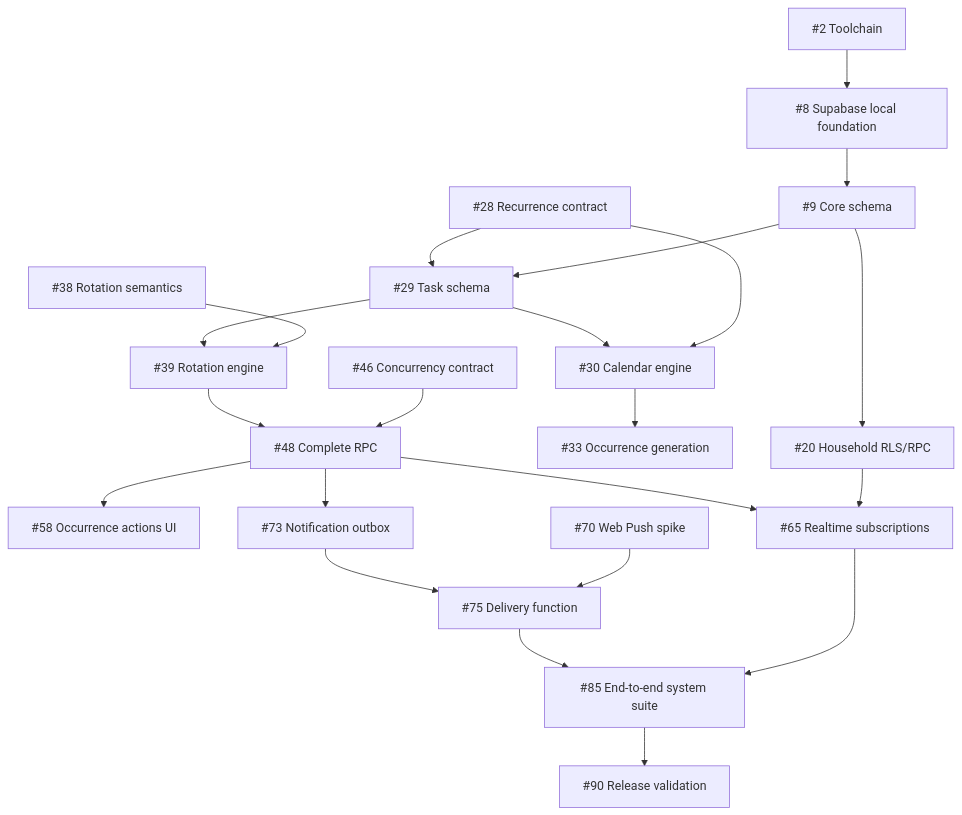
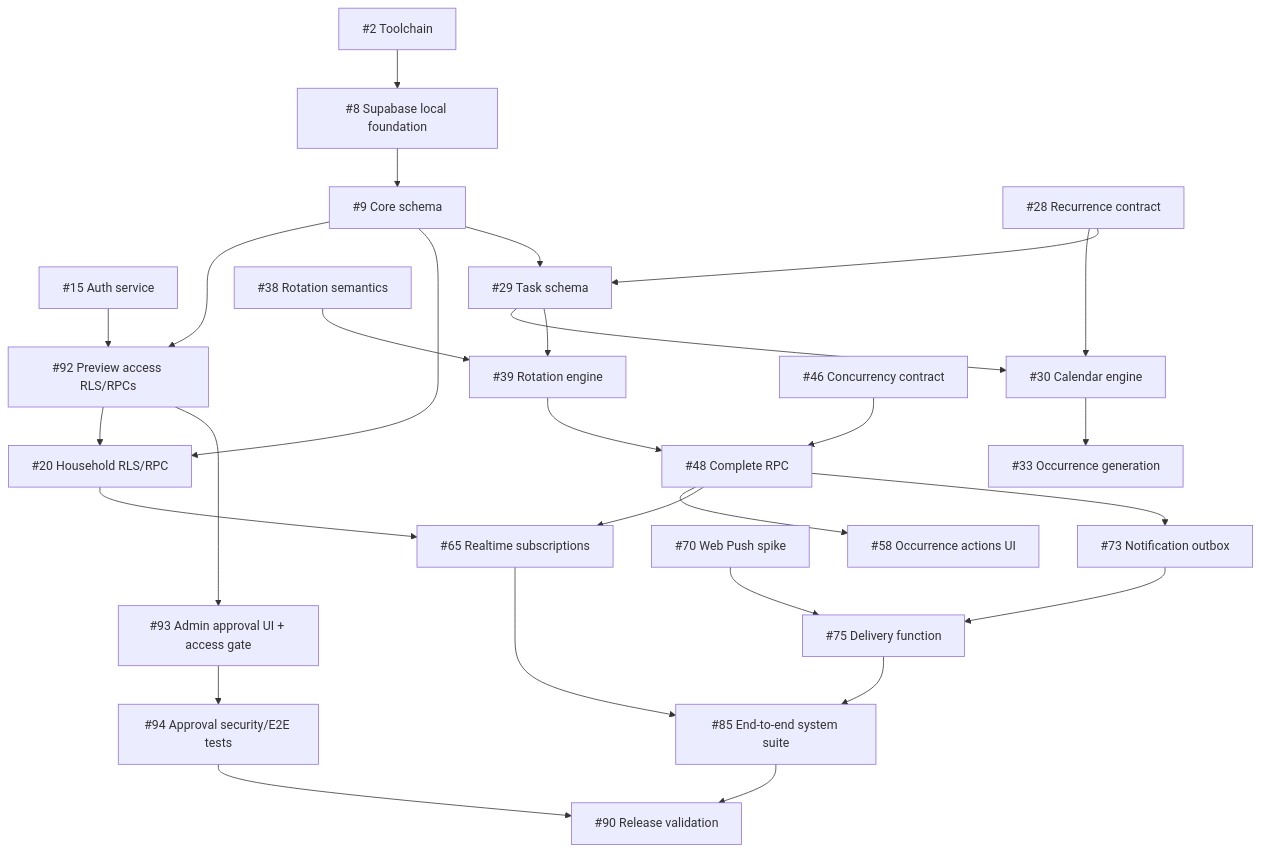
Before and after one commit to christopherrbrown3/hometeam: the fifth of 5 diagrams in ARCHITECTURE.md, drawn with Mermaid. The commit also changed other lines of this file and 7 other files, not shown here.

Commit message:
docs: require administrator approval for public preview

````diff
--- a/ARCHITECTURE.md
+++ b/ARCHITECTURE.md
@@ -355,24 +388,30 @@
 ```mermaid
 flowchart TD
     I2["#2 Toolchain"] --> I8["#8 Supabase local foundation"]
     I8 --> I9["#9 Core schema"]
+    I15["#15 Auth service"] --> I92["#92 Preview access RLS/RPCs"]
+    I9 --> I92
+    I92 --> I20
+    I92 --> I93["#93 Admin approval UI + access gate"]
+    I93 --> I94["#94 Approval security/E2E tests"]
     I9 --> I20["#20 Household RLS/RPC"]
     I9 --> I29["#29 Task schema"]
     I28["#28 Recurrence contract"] --> I30["#30 Calendar engine"]
     I28 --> I29
     I29 --> I30
     I30 --> I33["#33 Occurrence generation"]
     I38["#38 Rotation semantics"] --> I39["#39 Rotation engine"]
     I29 --> I39
     I46["#46 Concurrency contract"] --> I48["#48 Complete RPC"]
     I39 --> I48
     I48 --> I58["#58 Occurrence actions UI"]
     I20 --> I65["#65 Realtime subscriptions"]
     I48 --> I65
     I70["#70 Web Push spike"] --> I75["#75 Delivery function"]
     I48 --> I73["#73 Notification outbox"]
     I73 --> I75
     I65 --> I85["#85 End-to-end system suite"]
     I75 --> I85
     I85 --> I90["#90 Release validation"]
+    I94 --> I90
 ```
````
